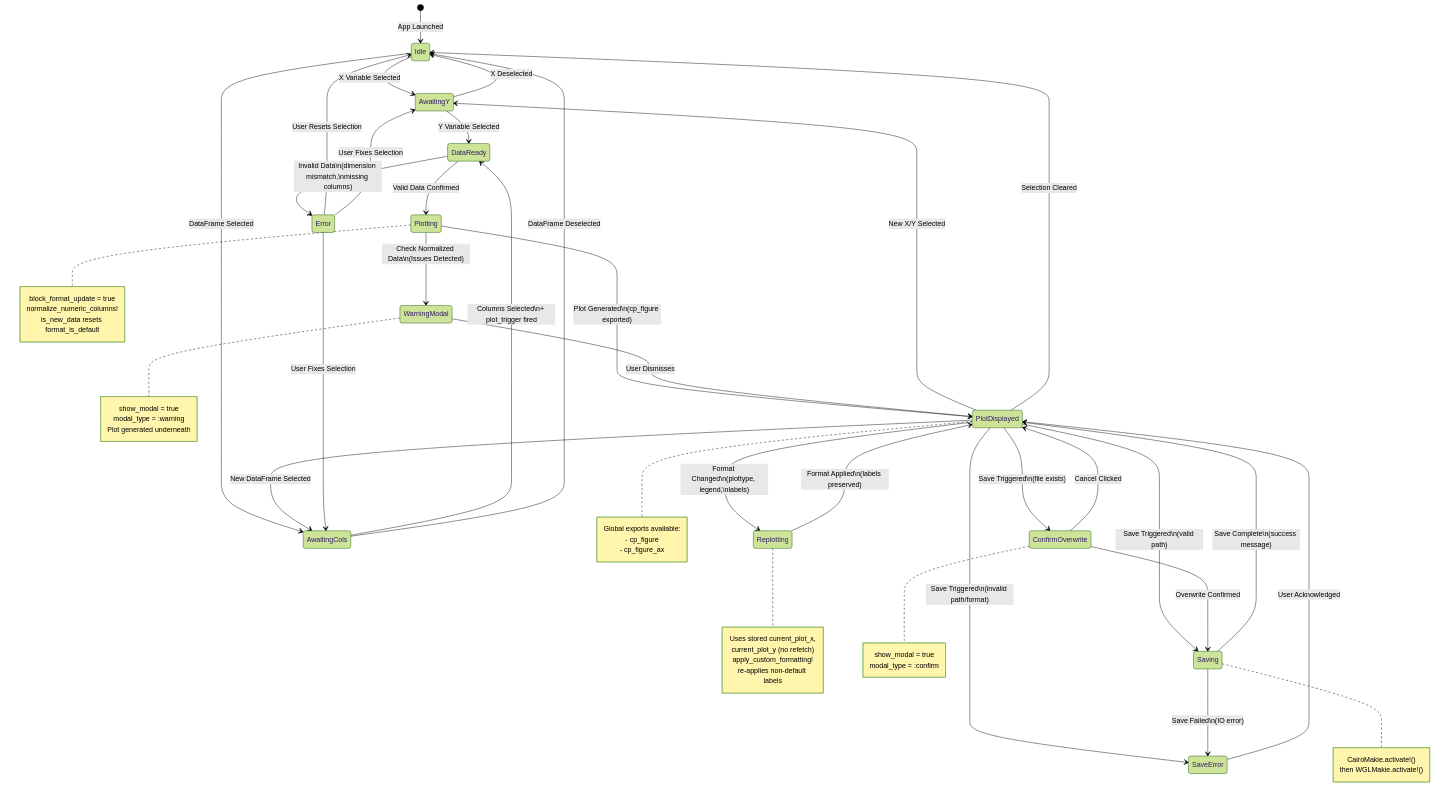
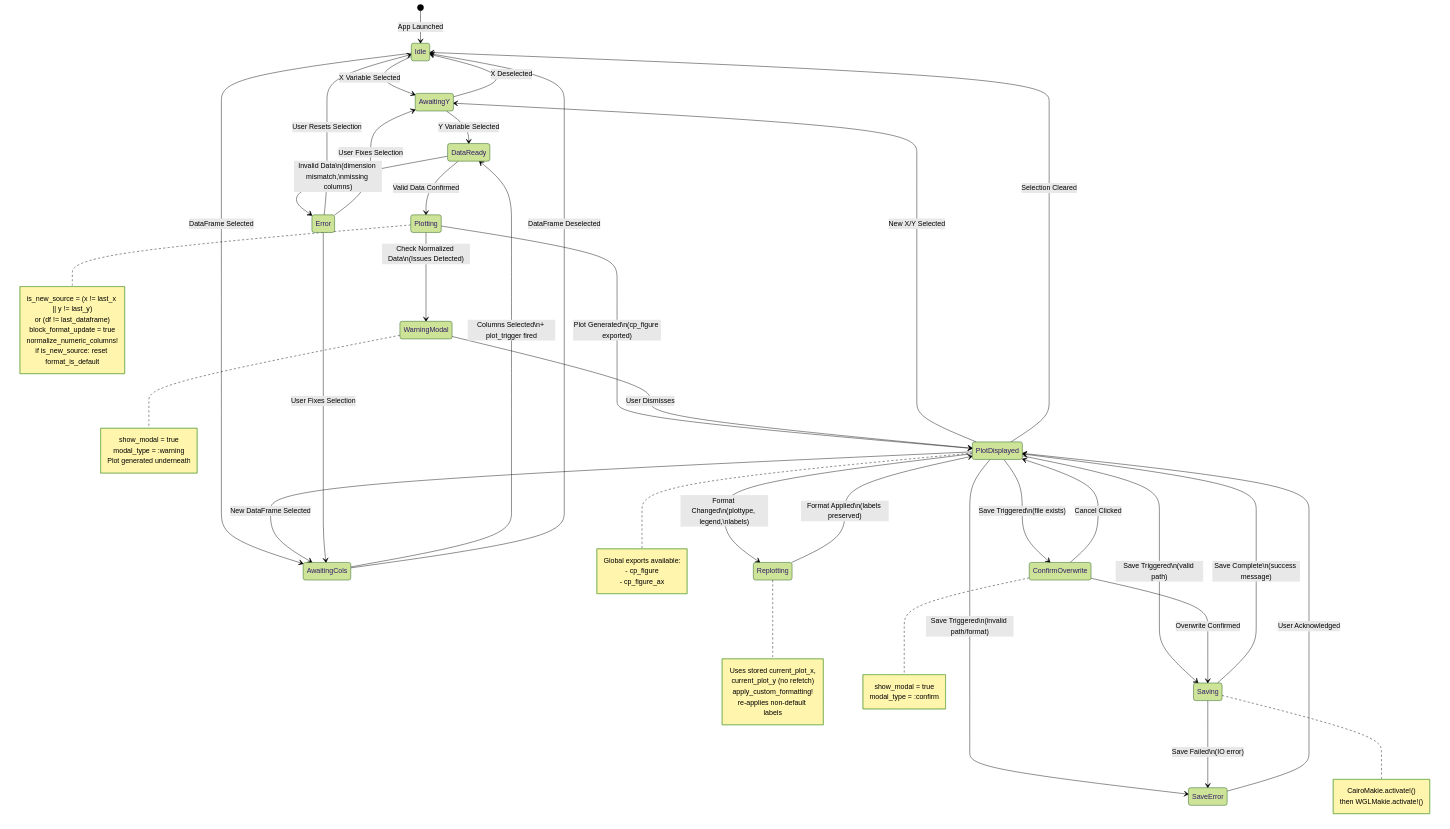
One commit to Eben60/CasualPlots.jl changed the diagram in AGENTS_more_info/Mermaid/state_transition_map.md. Above: the diagram before and after it, drawn with Mermaid (forest theme). The commit also changed 6 other files, not shown here.

```diff
--- a/AGENTS_more_info/Mermaid/state_transition_map.md
+++ b/AGENTS_more_info/Mermaid/state_transition_map.md
@@ -49,9 +49,11 @@
     Error --> AwaitingCols: User Fixes Selection
     
     note right of Plotting
+        is_new_source = (x != last_x || y != last_y)
+        or (df != last_dataframe)
         block_format_update = true
         normalize_numeric_columns!
-        is_new_data resets format_is_default
+        if is_new_source: reset format_is_default
     end note
     
     note right of Replotting
```
